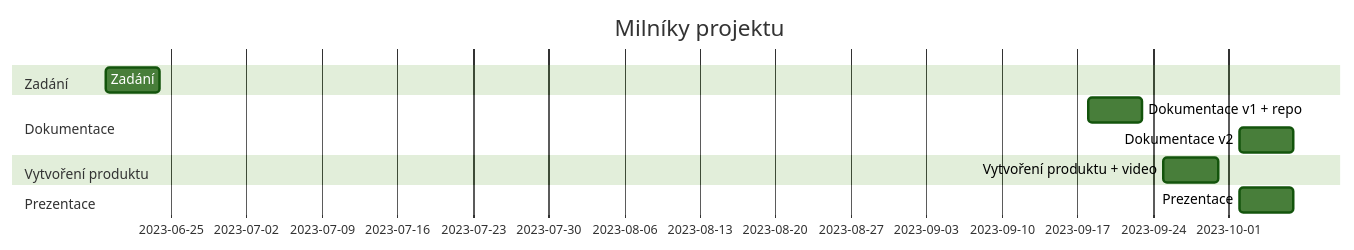
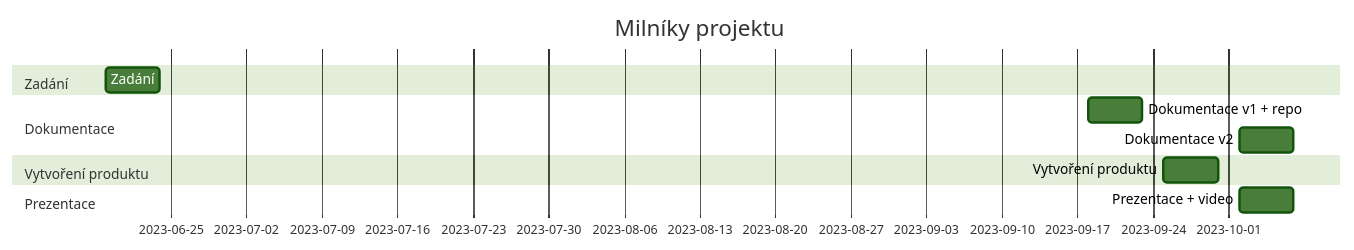
One commit to christoph1j2/ESP8266-Shield changed the diagram in zadani.md. Above: the diagram before and after it, drawn with Mermaid (forest theme).

Commit message:
termín video -> prezentace

````diff
--- a/zadani.md
+++ b/zadani.md
@@ -15,14 +15,14 @@
 ```mermaid
 gantt
     title Milníky projektu
     dateFormat  YYYY-MM-DD
     section Zadání
     Zadání                    :a1, 2023-06-19, 5d
     section Dokumentace
     Dokumentace v1 + repo     :a2, 2023-09-18, 5d
     Dokumentace v2            :a3, 2023-10-02, 5d
     section Vytvoření produktu
-    Vytvoření produktu + video :a4, 2023-09-25, 5d
+    Vytvoření produktu        :a4, 2023-09-25, 5d
     section Prezentace
-    Prezentace                :a5, 2023-10-02, 5d
+    Prezentace + video        :a5, 2023-10-02, 5d
 ```
````
